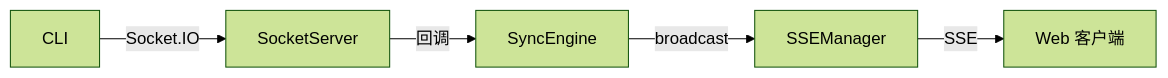
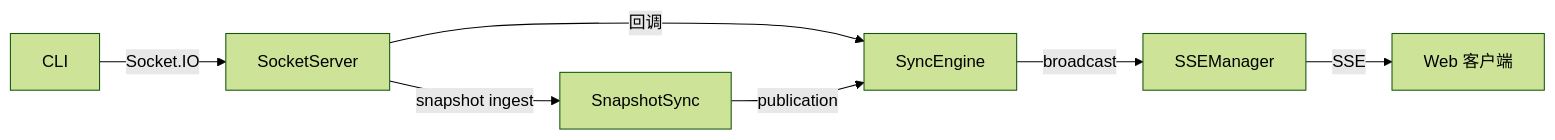
The fourth of 4 diagrams in docs/architecture/hub/socket/README.md (ModuBit/mobi), drawn with Mermaid (forest theme) before and after one commit. The commit also changed other lines of this file and 29 other files, not shown here.

Commit message:
refactor(hub): 快照同步收敛为单一 SnapshotSync module——Assembler（CLI→hub 增量重建）与 Forwarder（SSE 游标路由）职责分散在 sync/sse 两层、组装层需三件套注入，合并为 ingest/subscribe/lease 一体：socket adapter 校验后调 ingest、SSE adapter 过滤后取订阅 handle、CLI 断连走 lease 回收，module 只决定快照内容不做网络发送

````diff
--- a/docs/architecture/hub/socket/README.md
+++ b/docs/architecture/hub/socket/README.md
@@ -216,7 +222,9 @@
 ```mermaid
 flowchart LR
     CLI[CLI] -->|Socket.IO| Socket[SocketServer]
     Socket -->|回调| SE[SyncEngine]
     SE -->|broadcast| SSE[SSEManager]
     SSE -->|SSE| Web[Web 客户端]
+    Socket -->|snapshot ingest| SS[SnapshotSync]
+    SS -->|publication| SE
 ```
````
